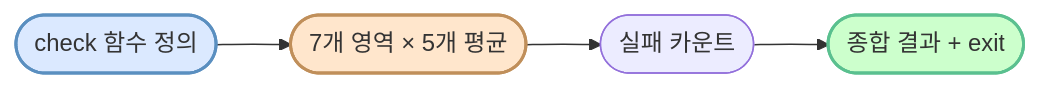
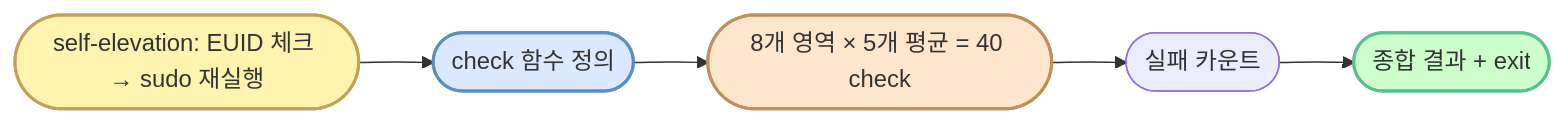
One commit to codewhite7777/codyssey_b1_1 changed the diagram in docs/scripts-walkthrough/verify.md. Above: the diagram before and after it, drawn with Mermaid. The commit also changed other lines of this file and 2 other files, not shown here.

First line of the commit message:
docs(walkthrough): 세 워크쓰루 코드 동기화 — gawk·07-sudoers·self-elevation

````diff
--- a/docs/scripts-walkthrough/verify.md
+++ b/docs/scripts-walkthrough/verify.md
@@ -10,10 +19,12 @@
 ```mermaid
 flowchart LR
-    A(["check 함수 정의"]) --> B(["7개 영역 × 5개 평균"])
+    S(["self-elevation: EUID 체크 → sudo 재실행"]) --> A(["check 함수 정의"])
+    A --> B(["8개 영역 × 5개 평균 = 40 check"])
     B --> C(["실패 카운트"])
     C --> D(["종합 결과 + exit"])
 
+    style S fill:#fff3b0,stroke:#c0a35a,stroke-width:2px
     style A fill:#dbe9ff,stroke:#5a8fc0,stroke-width:2px
     style B fill:#ffe6cc,stroke:#c08f5a,stroke-width:2px
     style D fill:#ccffcc,stroke:#5ac08f,stroke-width:2px
 ```
````
